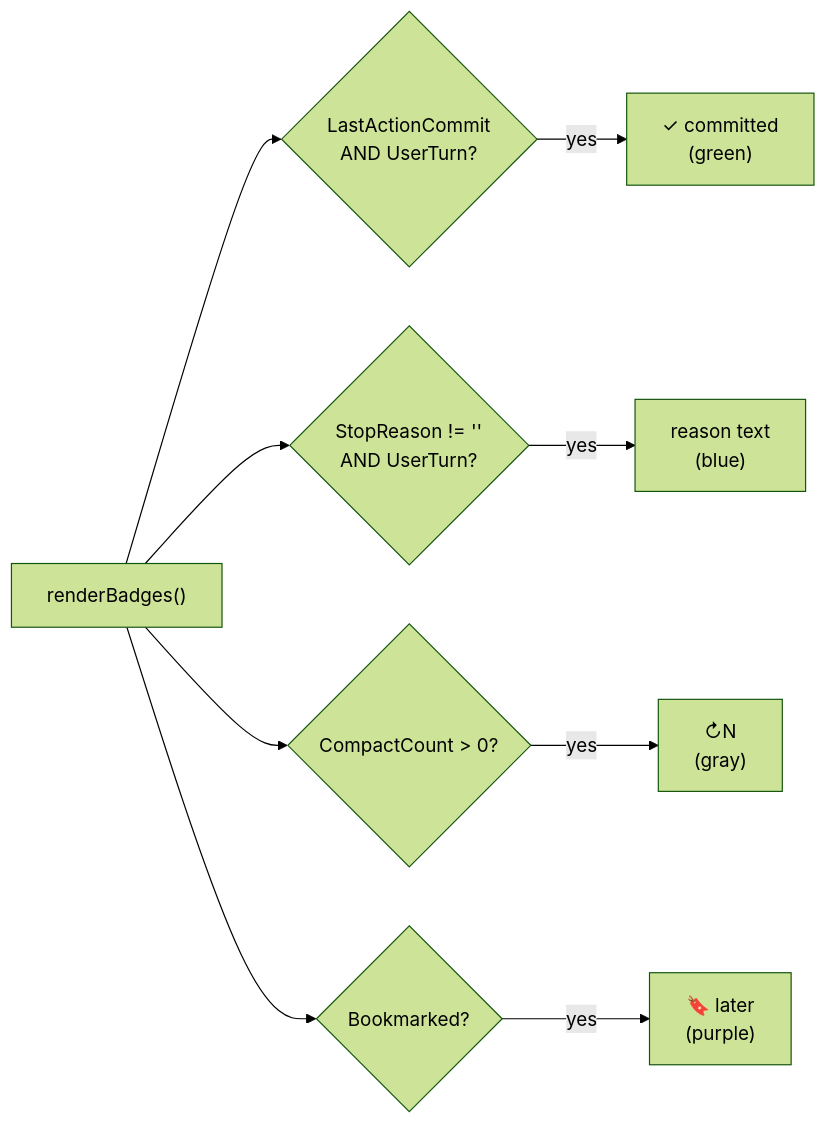
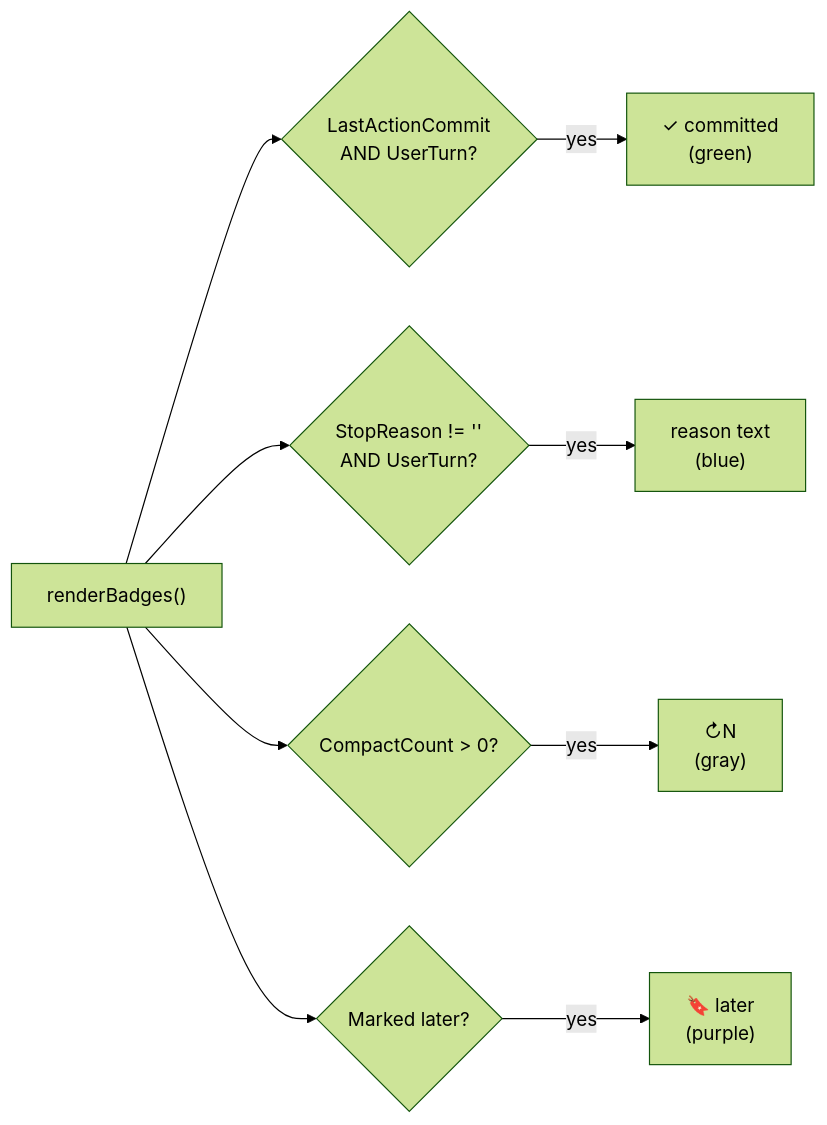
Diagram 15 of 15 in docs/hooks.md (huylenq/spirit), drawn with Mermaid (forest theme) before and after one commit. The commit also changed other lines of this file and 30 other files, not shown here.

````diff
--- a/docs/hooks.md
+++ b/docs/hooks.md
@@ -524,12 +524,12 @@
 ```mermaid
 flowchart LR
     B["renderBadges()"]
     B --> C{"LastActionCommit<br/>AND UserTurn?"}
     C -- "yes" --> CB["✓ committed<br/>(green)"]
     B --> S{"StopReason != ''<br/>AND UserTurn?"}
     S -- "yes" --> SB["reason text<br/>(blue)"]
     B --> K{"CompactCount > 0?"}
     K -- "yes" --> KB["↻N<br/>(gray)"]
-    B --> BM{"Bookmarked?"}
+    B --> BM{"Marked later?"}
     BM -- "yes" --> BMB["🔖 later<br/>(purple)"]
 ```
````
